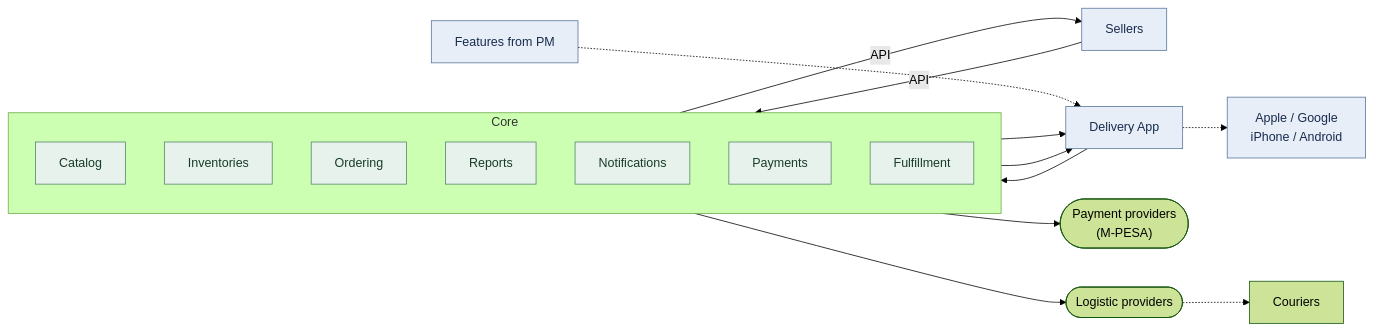
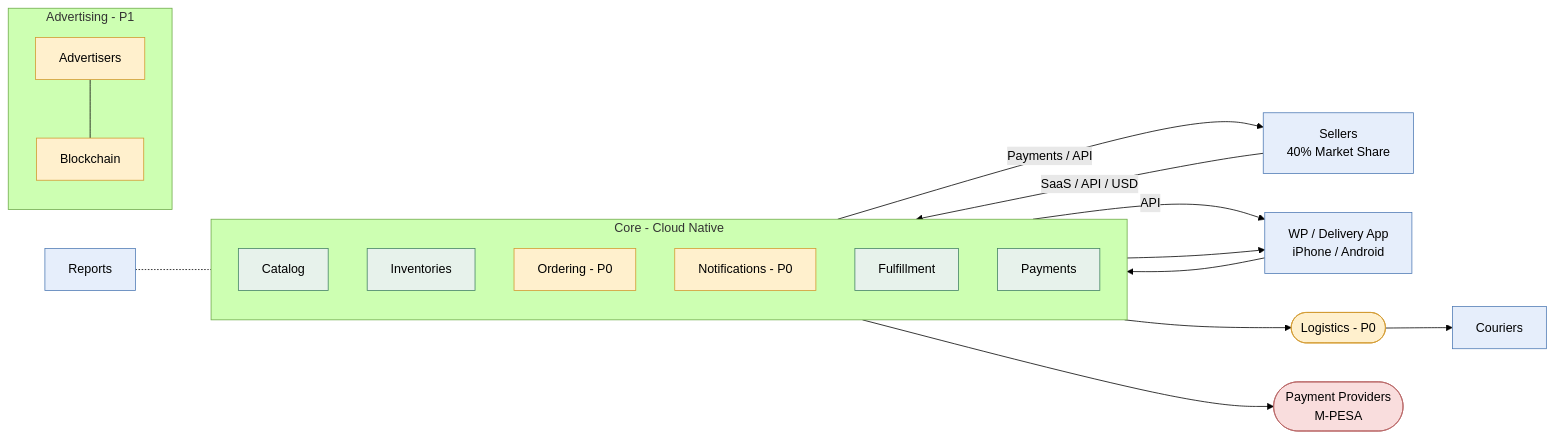
One commit to dvtar91/Africa_Delivery changed the diagram in input data/system-scheme.md. Above: the diagram before and after it, drawn with Mermaid (forest theme).

````diff
--- a/input data/system-scheme.md
+++ b/input data/system-scheme.md
@@ -2,46 +2,52 @@
 ```mermaid
 flowchart LR
-    Sellers["Sellers"]
+    Sellers["Sellers<br/>40% Market Share"]
 
-    subgraph Core["Core"]
+    subgraph Core["Core - Cloud Native"]
         direction TB
         Catalog["Catalog"]
         Inventories["Inventories"]
-        Ordering["Ordering"]
-        Reports["Reports"]
-        Notifications["Notifications"]
+        Ordering["Ordering - P0"]
+        Notifications["Notifications - P0"]
+        Fulfillment["Fulfillment"]
         Payments["Payments"]
-        Fulfillment["Fulfillment"]
     end
 
-    DeliveryApp["Delivery App"]
+    Reports["Reports"]
 
-    PaymentProviders(["Payment providers<br/>(M-PESA)"])
-    LogisticProviders(["Logistic providers"])
+    App["WP / Delivery App<br/>iPhone / Android"]
 
-    Sellers -->|"API"| Catalog
-    Payments -->|"API"| Sellers
+    Logistics(["Logistics - P0"])
+    Couriers["Couriers"]
+    PaymentProviders(["Payment Providers<br/>M-PESA"])
 
-    Catalog --> DeliveryApp
-    DeliveryApp --> Ordering
-    Notifications --> DeliveryApp
+    subgraph Advertising["Advertising - P1"]
+        Advertisers["Advertisers"]
+        Blockchain["Blockchain"]
+    end
+
+    Sellers -->|"SaaS / API / USD"| Catalog
+    Payments -->|"Payments / API"| Sellers
+
+    Catalog -->|"API"| App
+    App --> Ordering
+    Notifications --> App
 
     Payments --> PaymentProviders
-    Fulfillment --> LogisticProviders
+    Fulfillment --> Logistics
+    Logistics --> Couriers
 
-    Platforms["Apple / Google<br/>iPhone / Android"]
-    Features["Features from PM"]
-    Couriers["Couriers"]
+    Reports -.- Core
 
-    DeliveryApp -.-> Platforms
-    Features -.-> DeliveryApp
-    LogisticProviders -.-> Couriers
+    Advertisers --- Blockchain
 
-    classDef external fill:#e8eef8,stroke:#57759b,color:#172b4d
-    classDef core fill:#e8f2ec,stroke:#56836a,color:#183c29
-    classDef provider fill:#f8dada,stroke:#b66b6b,color:#532525
+    classDef core fill:#e7f2eb,stroke:#438363
+    classDef external fill:#e6eefb,stroke:#507bb5
+    classDef priority fill:#fff0cd,stroke:#d29a30
+    classDef provider fill:#f9dddd,stroke:#b86666
 
-    class Sellers,DeliveryApp,Platforms,Features external
-    class Catalog,Inventories,Ordering,Reports,Notifications,Payments,Fulfillment core
-    class PaymentProviders,LogisticProviders,Couriers providerv
+    class Catalog,Inventories,Fulfillment,Payments core
+    class Sellers,App,Reports,Couriers external
+    class Ordering,Notifications,Logistics,Advertisers,Blockchain priority
+    class PaymentProviders provider
 ```
````
